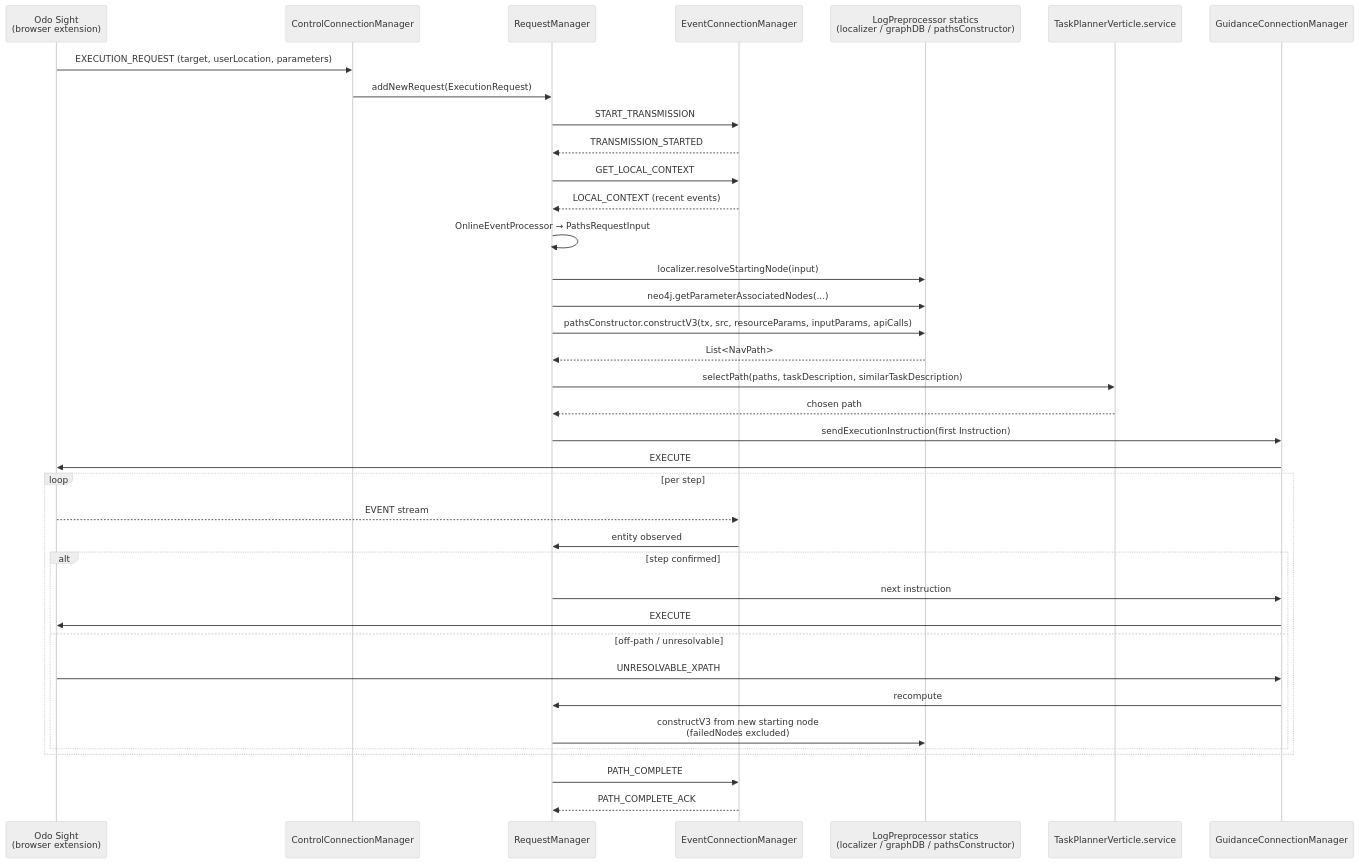
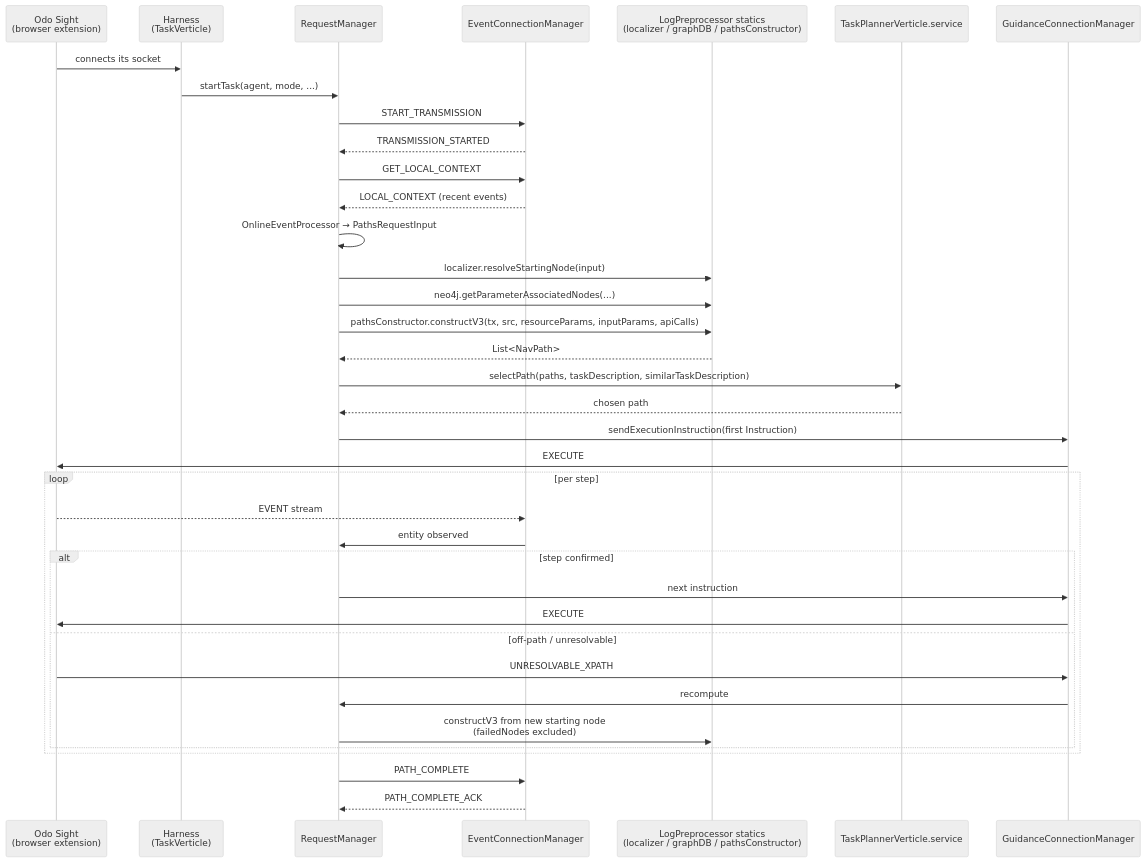
The fourth of 7 diagrams in docs/odobot-architecture-manifest.md (aianta/odo-bot), drawn with Mermaid (neutral theme) before and after one commit. The commit also changed other lines of this file and 27 other files, not shown here.

````diff
--- a/docs/odobot-architecture-manifest.md
+++ b/docs/odobot-architecture-manifest.md
@@ -505,40 +525,40 @@
 ```mermaid
 sequenceDiagram
     participant OS as Odo Sight<br/>(browser extension)
-    participant CCM as ControlConnectionManager
+    participant H as Harness<br/>(TaskVerticle)
     participant RM as RequestManager
     participant ECM as EventConnectionManager
     participant LP as LogPreprocessor statics<br/>(localizer / graphDB / pathsConstructor)
     participant TPS as TaskPlannerVerticle.service
     participant GCM as GuidanceConnectionManager
 
-    OS->>CCM: EXECUTION_REQUEST (target, userLocation, parameters)
-    CCM->>RM: addNewRequest(ExecutionRequest)
+    OS->>H: connects its socket
+    H->>RM: startTask(agent, mode, ...)
     RM->>ECM: START_TRANSMISSION
     ECM-->>RM: TRANSMISSION_STARTED
     RM->>ECM: GET_LOCAL_CONTEXT
     ECM-->>RM: LOCAL_CONTEXT (recent events)
     RM->>RM: OnlineEventProcessor → PathsRequestInput
     RM->>LP: localizer.resolveStartingNode(input)
     RM->>LP: neo4j.getParameterAssociatedNodes(...)
     RM->>LP: pathsConstructor.constructV3(tx, src, resourceParams, inputParams, apiCalls)
     LP-->>RM: List<NavPath>
     RM->>TPS: selectPath(paths, taskDescription, similarTaskDescription)
     TPS-->>RM: chosen path
     RM->>GCM: sendExecutionInstruction(first Instruction)
     GCM->>OS: EXECUTE
     loop per step
         OS-->>ECM: EVENT stream
         ECM->>RM: entity observed
         alt step confirmed
             RM->>GCM: next instruction
             GCM->>OS: EXECUTE
         else off-path / unresolvable
             OS->>GCM: UNRESOLVABLE_XPATH
             GCM->>RM: recompute
             RM->>LP: constructV3 from new starting node<br/>(failedNodes excluded)
         end
     end
     RM->>ECM: PATH_COMPLETE
     ECM-->>RM: PATH_COMPLETE_ACK
 ```
````
